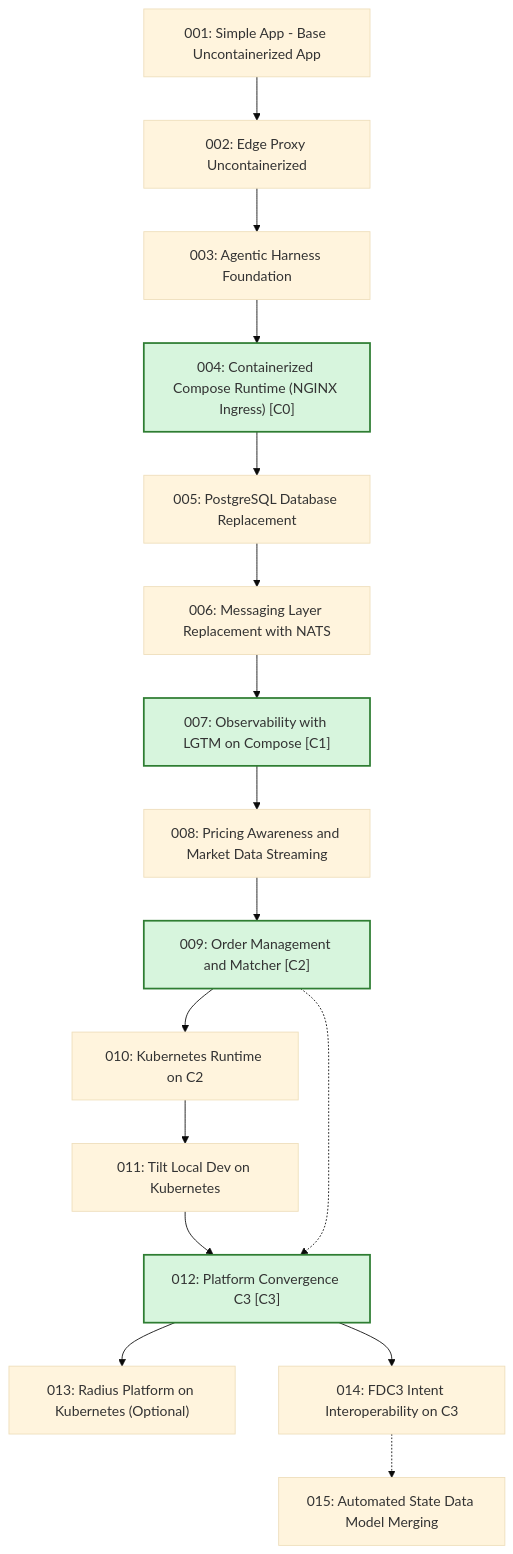
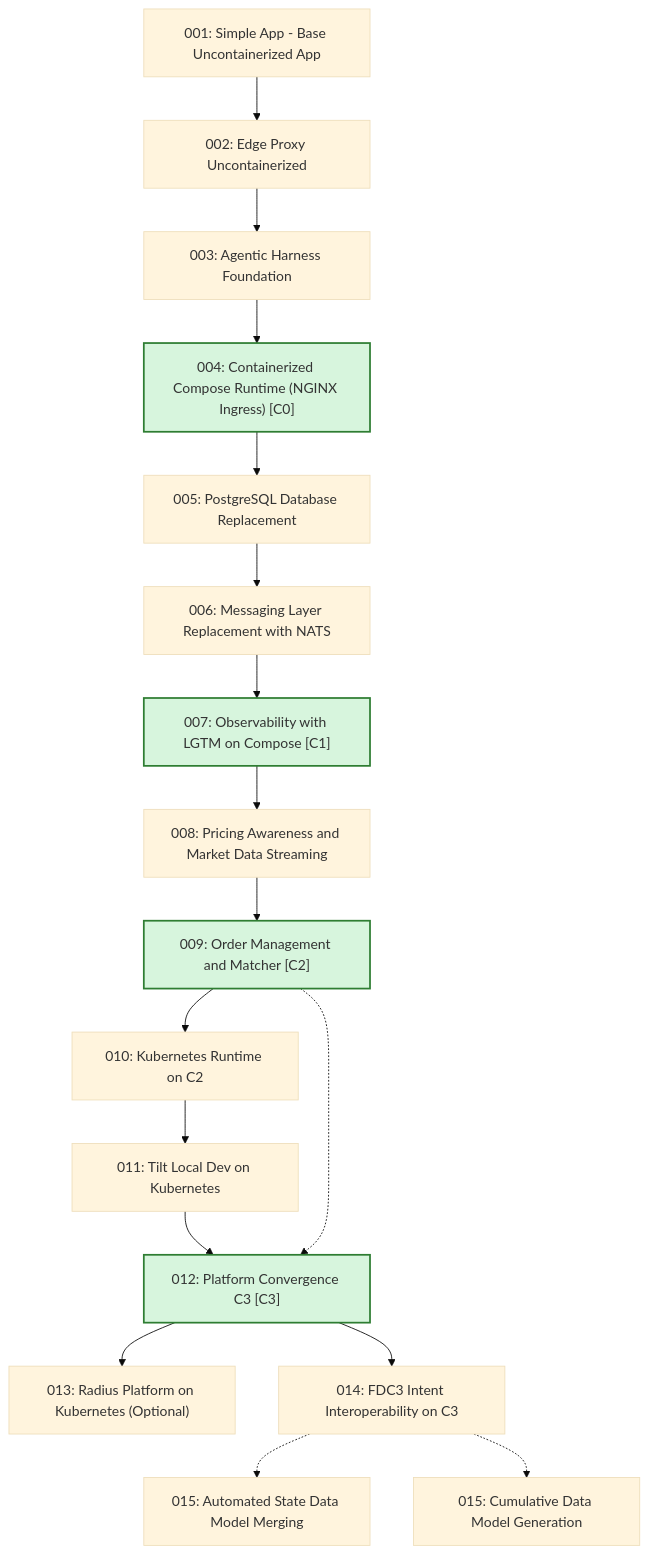
The second of 3 diagrams in docs/learning-paths/index.md (DbarYU/traderX), drawn with Mermaid (base theme) before and after one commit. The commit also changed other lines of this file and 45 other files, not shown here.

````diff
--- a/docs/learning-paths/index.md
+++ b/docs/learning-paths/index.md
@@ -36,53 +36,56 @@
 ```mermaid
 flowchart TB
   S001_baseline_uncontainerized_parity["001: Simple App - Base Uncontainerized App"]
   S002_edge_proxy_uncontainerized["002: Edge Proxy Uncontainerized"]
   S003_agentic_harness_foundation["003: Agentic Harness Foundation"]
   S004_containerized_compose_runtime["004: Containerized Compose Runtime (NGINX Ingress) [C0]"]
   S005_postgres_database_replacement["005: PostgreSQL Database Replacement"]
   S006_messaging_nats_replacement["006: Messaging Layer Replacement with NATS"]
   S007_observability_lgtm_compose["007: Observability with LGTM on Compose [C1]"]
   S008_pricing_awareness_market_data["008: Pricing Awareness and Market Data Streaming"]
   S009_order_management_matcher["009: Order Management and Matcher [C2]"]
   S010_kubernetes_runtime["010: Kubernetes Runtime on C2"]
   S011_tilt_kubernetes_dev_loop["011: Tilt Local Dev on Kubernetes"]
   S012_platform_convergence_c3["012: Platform Convergence C3 [C3]"]
   S013_radius_kubernetes_platform["013: Radius Platform on Kubernetes (Optional)"]
   S014_fdc3_intent_interoperability["014: FDC3 Intent Interoperability on C3"]
   S015_state_data_model_merging["015: Automated State Data Model Merging"]
+  S015_cumulative_data_model_generation["015: Cumulative Data Model Generation"]
   S001_baseline_uncontainerized_parity --> S002_edge_proxy_uncontainerized
   S002_edge_proxy_uncontainerized --> S003_agentic_harness_foundation
   S003_agentic_harness_foundation --> S004_containerized_compose_runtime
   S004_containerized_compose_runtime --> S005_postgres_database_replacement
   S005_postgres_database_replacement --> S006_messaging_nats_replacement
   S006_messaging_nats_replacement --> S007_observability_lgtm_compose
   S007_observability_lgtm_compose --> S008_pricing_awareness_market_data
   S008_pricing_awareness_market_data --> S009_order_management_matcher
   S009_order_management_matcher --> S010_kubernetes_runtime
   S010_kubernetes_runtime --> S011_tilt_kubernetes_dev_loop
   S011_tilt_kubernetes_dev_loop --> S012_platform_convergence_c3
   S012_platform_convergence_c3 --> S013_radius_kubernetes_platform
   S012_platform_convergence_c3 --> S014_fdc3_intent_interoperability
   S014_fdc3_intent_interoperability -.-> S015_state_data_model_merging
+  S014_fdc3_intent_interoperability -.-> S015_cumulative_data_model_generation
   S009_order_management_matcher -.-> S012_platform_convergence_c3
   click S001_baseline_uncontainerized_parity href "/specs/baseline-uncontainerized-parity" "Open State 001 Spec Pack"
   click S002_edge_proxy_uncontainerized href "/specs/edge-proxy-uncontainerized" "Open State 002 Spec Pack"
   click S003_agentic_harness_foundation href "/specs/agentic-harness-foundation" "Open State 003 Spec Pack"
   click S004_containerized_compose_runtime href "/specs/containerized-compose-runtime" "Open State 004 Spec Pack"
   click S005_postgres_database_replacement href "/specs/postgres-database-replacement" "Open State 005 Spec Pack"
   click S006_messaging_nats_replacement href "/specs/messaging-nats-replacement" "Open State 006 Spec Pack"
   click S007_observability_lgtm_compose href "/specs/observability-lgtm-compose" "Open State 007 Spec Pack"
   click S008_pricing_awareness_market_data href "/specs/pricing-awareness-market-data" "Open State 008 Spec Pack"
   click S009_order_management_matcher href "/specs/order-management-matcher" "Open State 009 Spec Pack"
   click S010_kubernetes_runtime href "/specs/kubernetes-runtime" "Open State 010 Spec Pack"
   click S011_tilt_kubernetes_dev_loop href "/specs/tilt-kubernetes-dev-loop" "Open State 011 Spec Pack"
   click S012_platform_convergence_c3 href "/specs/platform-convergence-c3" "Open State 012 Spec Pack"
   click S013_radius_kubernetes_platform href "/specs/radius-kubernetes-platform" "Open State 013 Spec Pack"
   click S014_fdc3_intent_interoperability href "/specs/fdc3-intent-interoperability" "Open State 014 Spec Pack"
   click S015_state_data_model_merging href "/specs/state-data-model-merging" "Open State 015 Spec Pack"
+  click S015_cumulative_data_model_generation href "/specs/cumulative-data-model-generation" "Open State 015 Spec Pack"
   classDef convergence fill:#d7f5dd,stroke:#2e7d32,stroke-width:2px
   class S004_containerized_compose_runtime convergence
   class S007_observability_lgtm_compose convergence
   class S009_order_management_matcher convergence
   class S012_platform_convergence_c3 convergence
 ```
````
